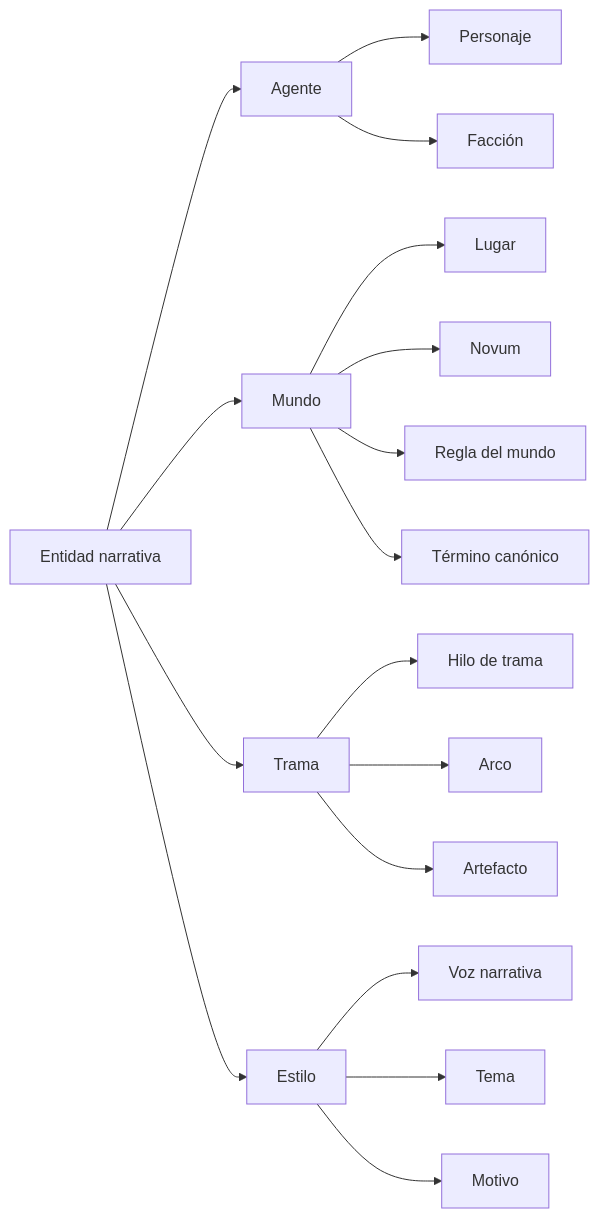
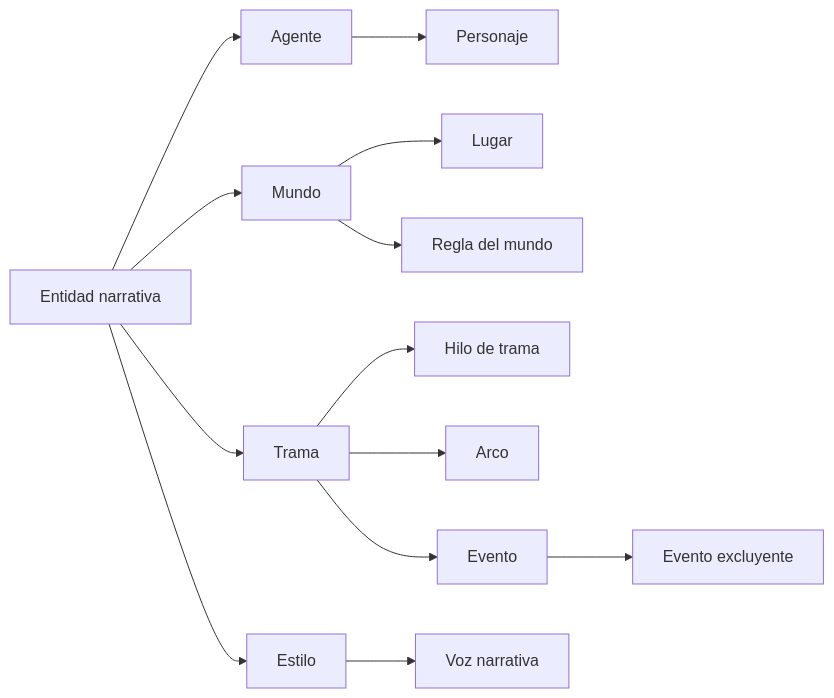
The fourth of 21 diagrams in docs/domain-knowledge.md (BrunoCrz3/MyStory), drawn with Mermaid before and after one commit. The commit also changed other lines of this file and 5 other files, not shown here.

````diff
--- a/docs/domain-knowledge.md
+++ b/docs/domain-knowledge.md
@@ -97,19 +75,15 @@
 ```mermaid
 flowchart LR
   EN[Entidad narrativa] --> AG[Agente]
   EN --> MU[Mundo]
   EN --> TR[Trama]
   EN --> ES[Estilo]
   AG --> PJ[Personaje]
-  AG --> FA[Facción]
   MU --> LU[Lugar]
-  MU --> NO[Novum]
   MU --> RG[Regla del mundo]
-  MU --> TC[Término canónico]
   TR --> HI[Hilo de trama]
   TR --> AR[Arco]
-  TR --> AT[Artefacto]
+  TR --> EV[Evento]
+  EV --> EX[Evento excluyente]
   ES --> VN[Voz narrativa]
-  ES --> TM[Tema]
-  ES --> MT[Motivo]
 ```
````
